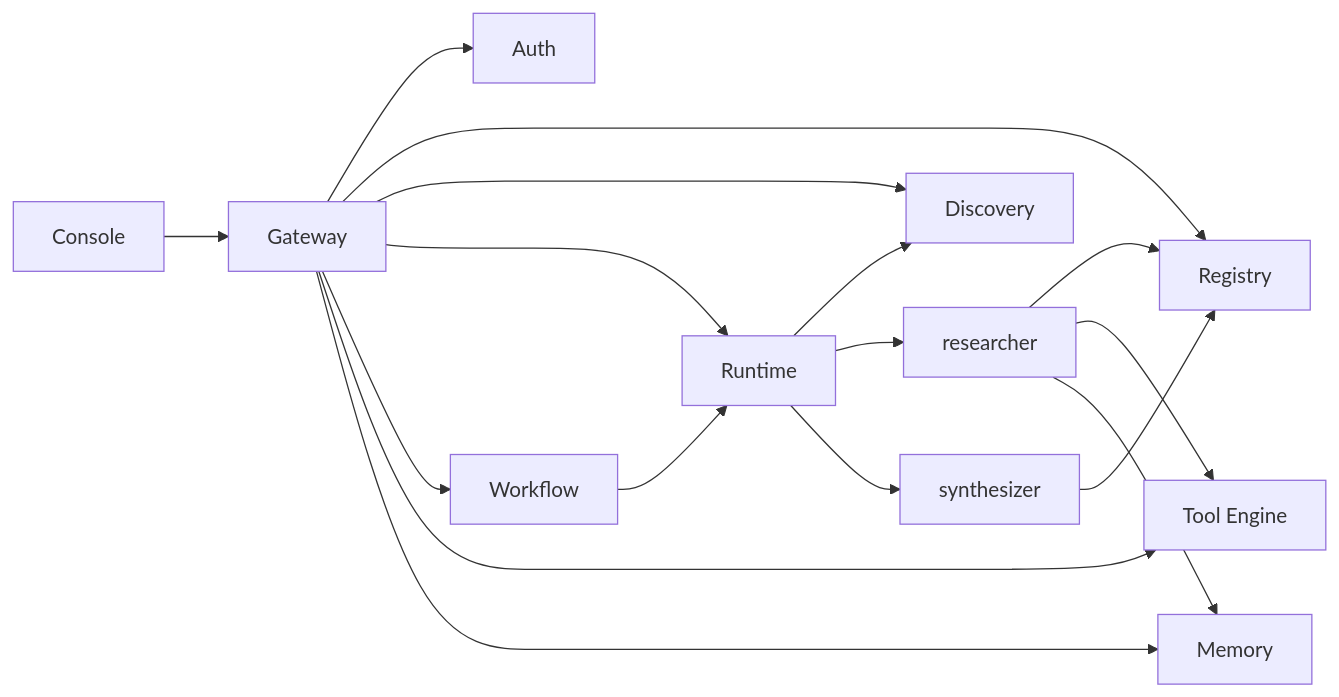
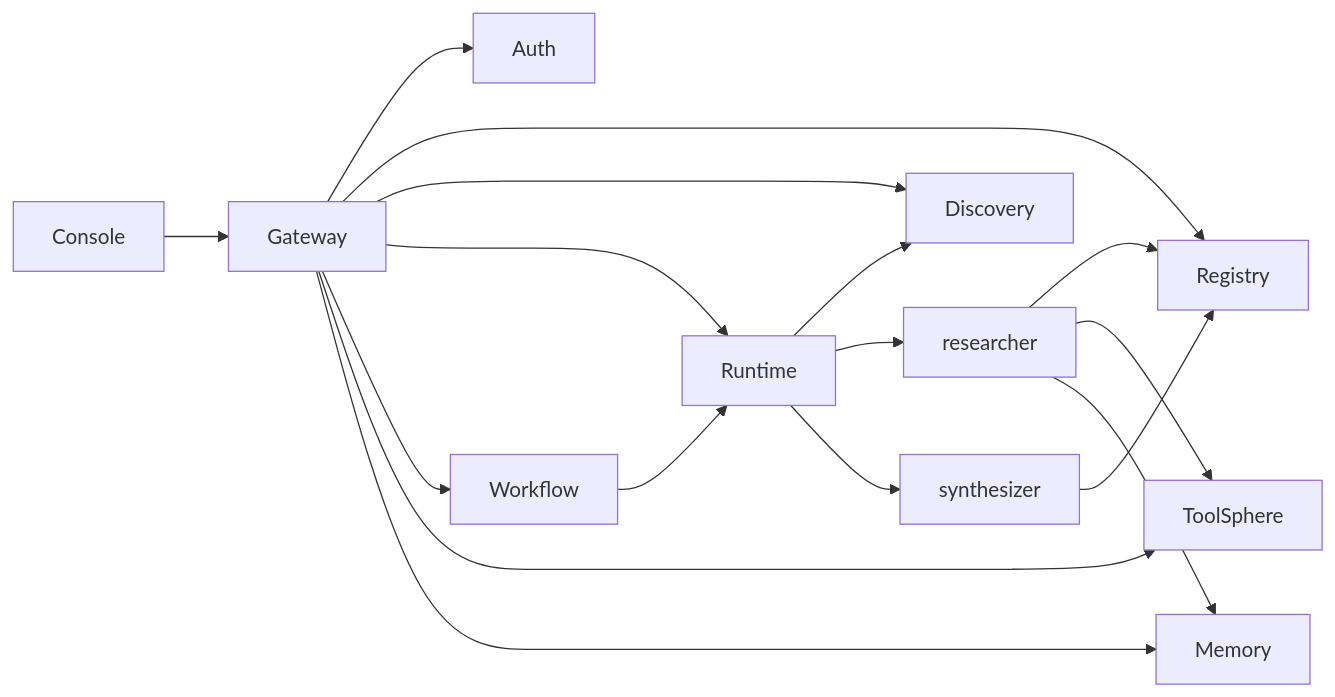
Before and after one commit to rajbhupendra588/agentspheres: the diagram in README.md, drawn with Mermaid. The commit also changed other lines of this file and 79 other files, not shown here.

First line of the commit message:
Add ToolSphere platform for tenant-scoped tool registry and execution.

````diff
--- a/README.md
+++ b/README.md
@@ -43,19 +43,19 @@
 ```mermaid
 flowchart LR
   UI[Console] --> GW[Gateway]
   GW --> AUTH[Auth]
   GW --> REG[Registry]
   GW --> DISC[Discovery]
   GW --> RT[Runtime]
   GW --> WF[Workflow]
-  GW --> TOOL[Tool Engine]
+  GW --> TOOL[ToolSphere]
   GW --> MEM[Memory]
   RT --> DISC
   RT --> A1[researcher]
   RT --> A2[synthesizer]
   A1 --> REG
   A2 --> REG
   A1 --> TOOL
   A1 --> MEM
   WF --> RT
 ```
````
